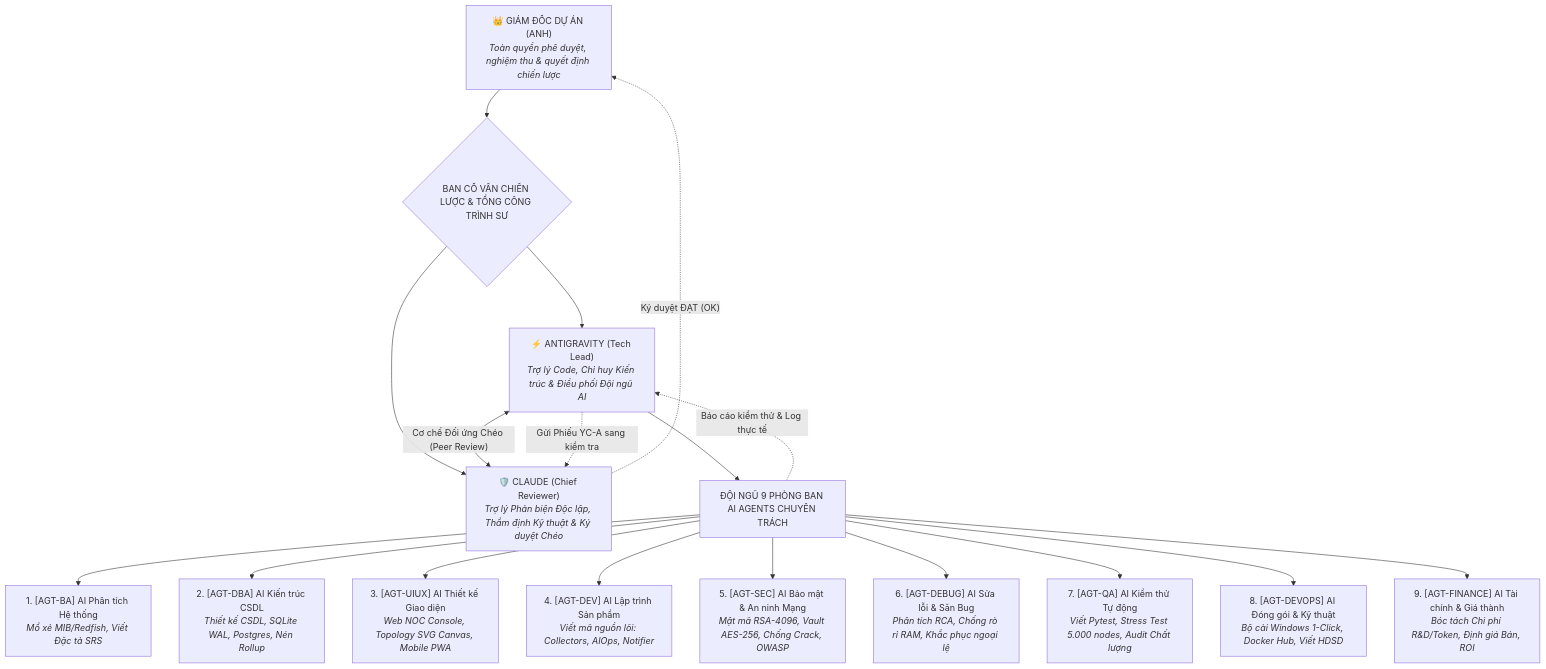
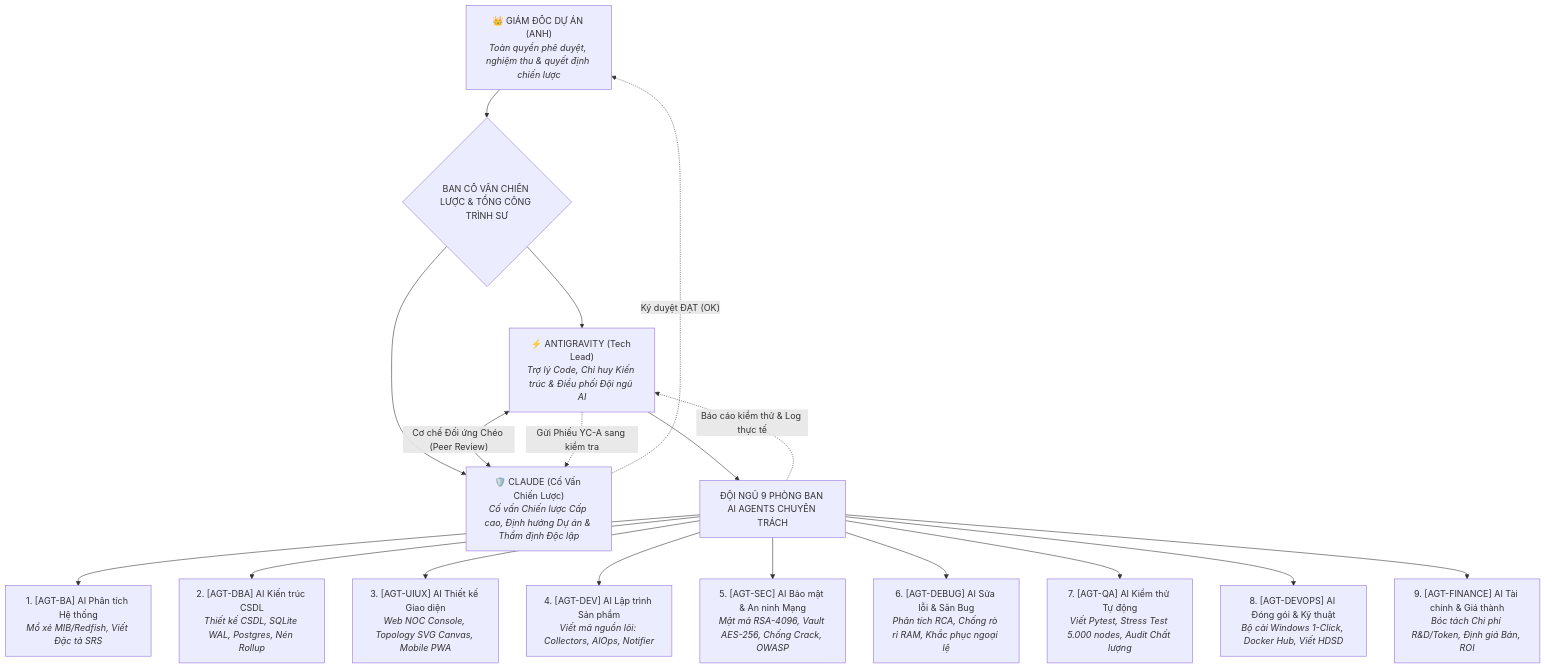
One commit to nguyenmt83/phoenix-it-asset-management changed the first of 2 diagrams in tai_lieu_nghiep_vu/06_MO_HINH_TO_CHUC_CONG_TY_VA_QUY_TRINH_VAN_HANH_AI_AGENT_2026.md. Above: the diagram before and after it, drawn with Mermaid. The commit also changed other lines of this file and 1 other file, not shown here.

Commit message:
[Hierarchy] Chuan hoa chuc danh va vai tro cua Claude: CO VAN CHIEN LUOC

````diff
--- a/tai_lieu_nghiep_vu/06_MO_HINH_TO_CHUC_CONG_TY_VA_QUY_TRINH_VAN_HANH_AI_AGENT_2026.md
+++ b/tai_lieu_nghiep_vu/06_MO_HINH_TO_CHUC_CONG_TY_VA_QUY_TRINH_VAN_HANH_AI_AGENT_2026.md
@@ -22,30 +22,30 @@
 ```mermaid
 flowchart TD
     %% Tầng 1: Lãnh đạo tối cao
     CEO["👑 GIÁM ĐỐC DỰ ÁN (ANH)<br/><i>Toàn quyền phê duyệt, nghiệm thu & quyết định chiến lược</i>"]
 
     %% Tầng 2: Cố vấn & Tổng công trình sư
     CEO --> ADVISORY{"BAN CỐ VẤN CHIẾN LƯỢC & TỔNG CÔNG TRÌNH SƯ"}
     ADVISORY --> TECH_LEAD["⚡ ANTIGRAVITY (Tech Lead)<br/><i>Trợ lý Code, Chỉ huy Kiến trúc & Điều phối Đội ngũ AI</i>"]
-    ADVISORY --> QA_LEAD["🛡️ CLAUDE (Chief Reviewer)<br/><i>Trợ lý Phản biện Độc lập, Thẩm định Kỹ thuật & Ký duyệt Chéo</i>"]
+    ADVISORY --> STRATEGIC_ADVISOR["🛡️ CLAUDE (Cố Vấn Chiến Lược)<br/><i>Cố vấn Chiến lược Cấp cao, Định hướng Dự án & Thẩm định Độc lập</i>"]
 
-    TECH_LEAD <-->|"Cơ chế Đối ứng Chéo (Peer Review)"| QA_LEAD
+    TECH_LEAD <-->|"Cơ chế Đối ứng Chéo (Peer Review)"| STRATEGIC_ADVISOR
 
     %% Tầng 3: 8 Phòng ban AI Agents chuyên trách
     TECH_LEAD --> AGT_HUB["ĐỘI NGŨ 9 PHÒNG BAN AI AGENTS CHUYÊN TRÁCH"]
 
     AGT_HUB --> A1["1. [AGT-BA] AI Phân tích Hệ thống<br/><i>Mổ xẻ MIB/Redfish, Viết Đặc tả SRS</i>"]
     AGT_HUB --> A2["2. [AGT-DBA] AI Kiến trúc CSDL<br/><i>Thiết kế CSDL, SQLite WAL, Postgres, Nén Rollup</i>"]
     AGT_HUB --> A3["3. [AGT-UIUX] AI Thiết kế Giao diện<br/><i>Web NOC Console, Topology SVG Canvas, Mobile PWA</i>"]
     AGT_HUB --> A4["4. [AGT-DEV] AI Lập trình Sản phẩm<br/><i>Viết mã nguồn lõi: Collectors, AIOps, Notifier</i>"]
     AGT_HUB --> A5["5. [AGT-SEC] AI Bảo mật & An ninh Mạng<br/><i>Mật mã RSA-4096, Vault AES-256, Chống Crack, OWASP</i>"]
     AGT_HUB --> A6["6. [AGT-DEBUG] AI Sửa lỗi & Săn Bug<br/><i>Phân tích RCA, Chống rò rỉ RAM, Khắc phục ngoại lệ</i>"]
     AGT_HUB --> A7["7. [AGT-QA] AI Kiểm thử Tự động<br/><i>Viết Pytest, Stress Test 5.000 nodes, Audit Chất lượng</i>"]
     AGT_HUB --> A8["8. [AGT-DEVOPS] AI Đóng gói & Kỹ thuật<br/><i>Bộ cài Windows 1-Click, Docker Hub, Viết HDSD</i>"]
     AGT_HUB --> A9["9. [AGT-FINANCE] AI Tài chính & Giá thành<br/><i>Bóc tách Chi phí R&D/Token, Định giá Bán, ROI</i>"]
 
     %% Luồng trả kết quả
     AGT_HUB -.->|"Báo cáo kiểm thử & Log thực tế"| TECH_LEAD
-    TECH_LEAD -.->|"Gửi Phiếu YC-A sang kiểm tra"| QA_LEAD
-    QA_LEAD -.->|"Ký duyệt ĐẠT (OK)"| CEO
+    TECH_LEAD -.->|"Gửi Phiếu YC-A sang kiểm tra"| STRATEGIC_ADVISOR
+    STRATEGIC_ADVISOR -.->|"Ký duyệt ĐẠT (OK)"| CEO
 ```
````
